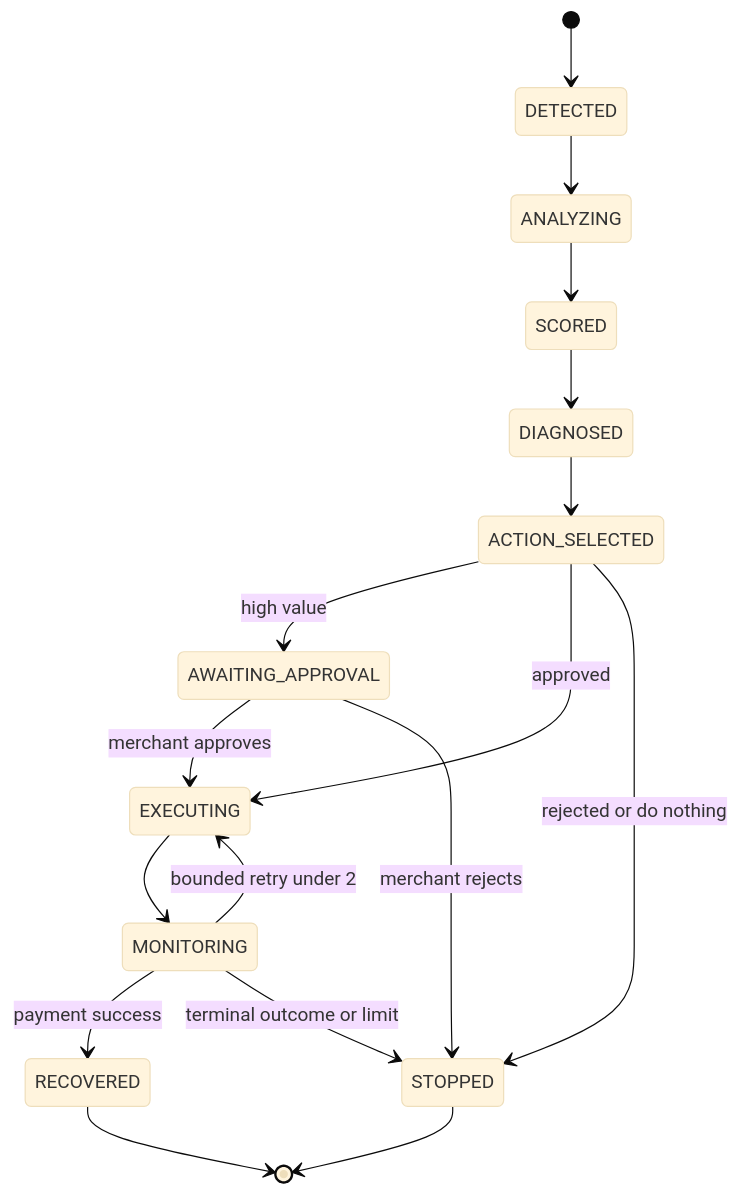
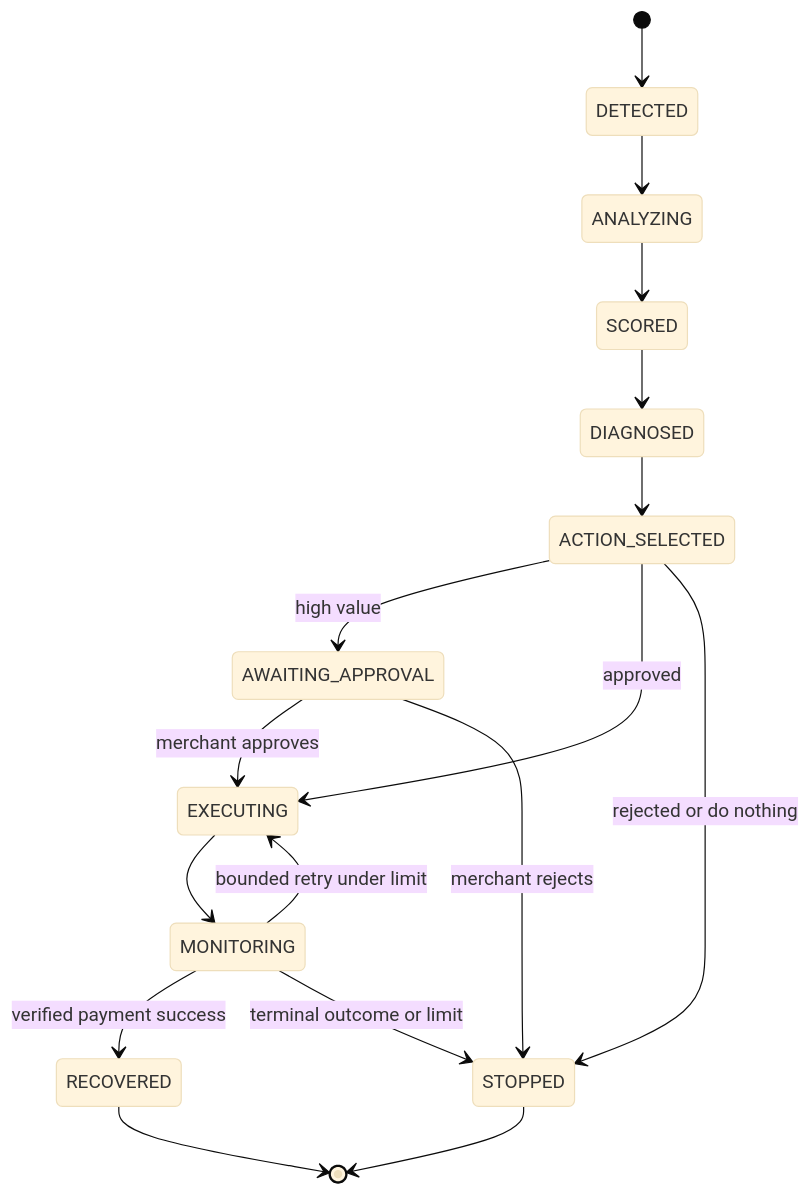
One commit to Samiabdus786/RecoverIQ changed the second of 4 diagrams in docs/architecture.md. Above: the diagram before and after it, drawn with Mermaid (base theme). The commit also changed other lines of this file and 9 other files, not shown here.

Commit message:
Update RecoverIQ documentation for final architecture

````diff
--- a/docs/architecture.md
+++ b/docs/architecture.md
@@ -24,19 +32,19 @@
 ```mermaid
 stateDiagram-v2
     [*] --> DETECTED
     DETECTED --> ANALYZING
     ANALYZING --> SCORED
     SCORED --> DIAGNOSED
     DIAGNOSED --> ACTION_SELECTED
     ACTION_SELECTED --> AWAITING_APPROVAL: high value
     ACTION_SELECTED --> EXECUTING: approved
     ACTION_SELECTED --> STOPPED: rejected or do nothing
     AWAITING_APPROVAL --> EXECUTING: merchant approves
     AWAITING_APPROVAL --> STOPPED: merchant rejects
     EXECUTING --> MONITORING
-    MONITORING --> RECOVERED: payment success
-    MONITORING --> EXECUTING: bounded retry under 2
+    MONITORING --> RECOVERED: verified payment success
+    MONITORING --> EXECUTING: bounded retry under limit
     MONITORING --> STOPPED: terminal outcome or limit
     RECOVERED --> [*]
     STOPPED --> [*]
 ```
````
